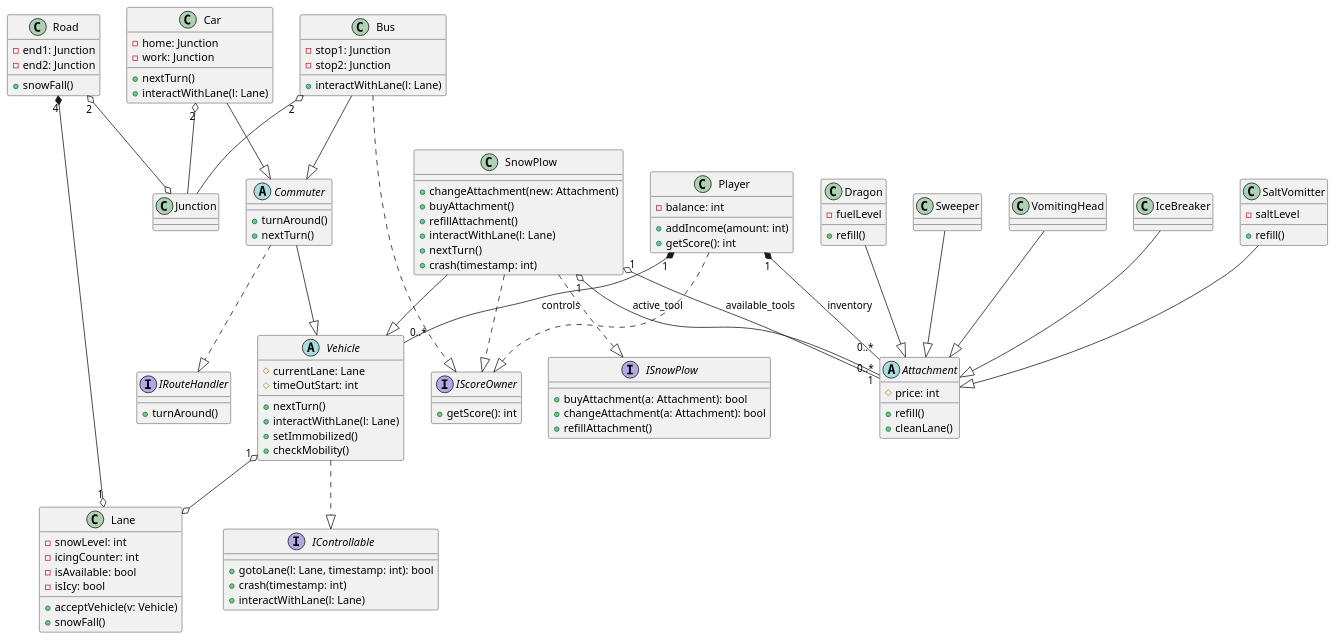
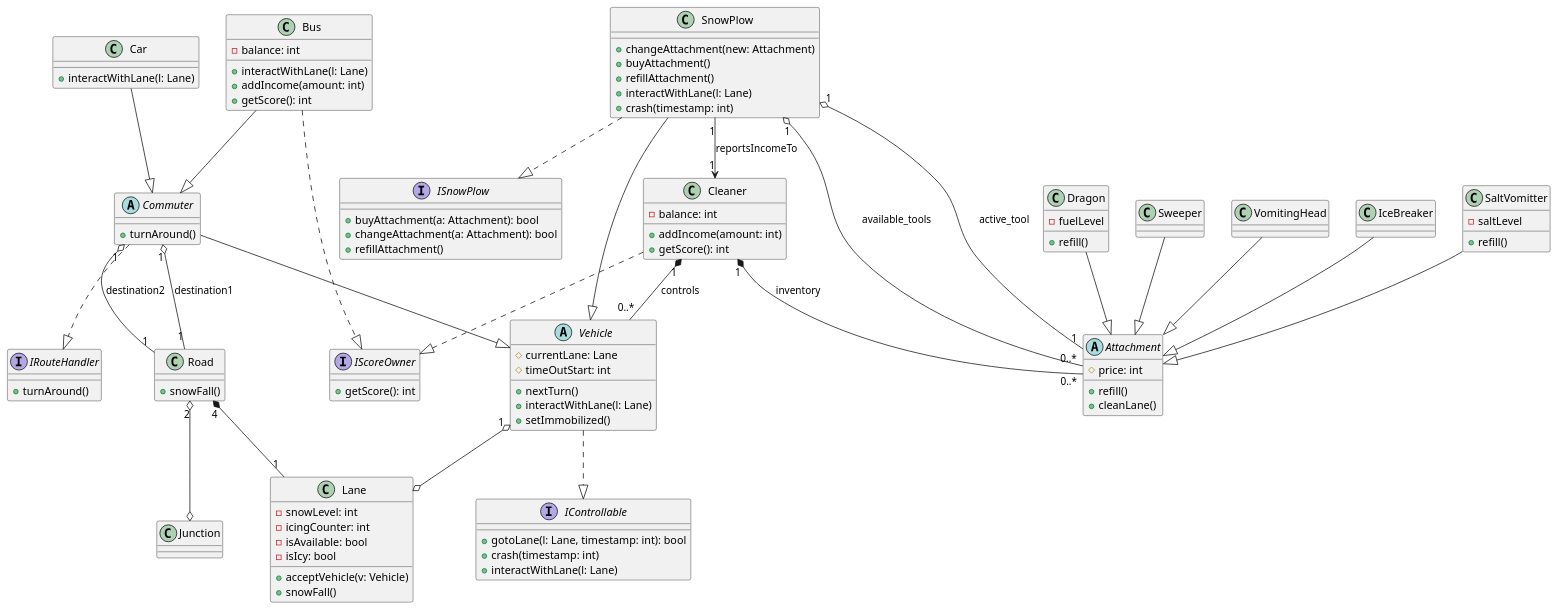
Before and after one commit to toth-andor/UneNotteANapoli: the diagram in docs/04/diagrams/class-diagram.puml, drawn with PlantUML.

Commit message:
Újra nézz rá Bandi

```diff
--- a/docs/04/diagrams/class-diagram.puml
+++ b/docs/04/diagrams/class-diagram.puml
@@ -1,108 +1,102 @@
 @startuml class-diagram
 abstract Vehicle {
   # currentLane: Lane
   # timeOutStart: int
   + nextTurn()
   + interactWithLane(l: Lane)
   + setImmobilized()
-  + checkMobility()
 }
 class Bus {
-  - stop1: Junction
-  - stop2: Junction
+  - balance: int
   + interactWithLane(l: Lane)
+  + addIncome(amount: int)
+  + getScore(): int
 }
 class SnowPlow {
   + changeAttachment(new: Attachment)
   + buyAttachment()
   + refillAttachment()
   + interactWithLane(l: Lane)
-  + nextTurn()
   + crash(timestamp: int)
 }
 class Car {
-  - home: Junction
-  - work: Junction
-  + nextTurn()
   + interactWithLane(l: Lane)
 }
 abstract Attachment {
   # price: int
   + refill()
   + cleanLane()
 }
 class Dragon {
   - fuelLevel
   + refill()
 }
 class Sweeper
 class VomitingHead
 class IceBreaker
 class SaltVomitter {
   - saltLevel
   + refill()
 }
 class Road {
-  - end1: Junction
-  - end2: Junction
   + snowFall()
 }
 class Lane {
   - snowLevel: int
   - icingCounter: int
   - isAvailable: bool
   - isIcy: bool
   + acceptVehicle(v: Vehicle)
   + snowFall()
 }
 class Junction
-class Player {
+class Cleaner {
   - balance: int
   + addIncome(amount: int)
   + getScore(): int
 }
 abstract class Commuter {
   + turnAround()
-  + nextTurn()
 }
 interface IControllable {
   + gotoLane(l: Lane, timestamp: int): bool
   + crash(timestamp: int)
   + interactWithLane(l: Lane)
 }
 interface ISnowPlow {
   + buyAttachment(a: Attachment): bool
   + changeAttachment(a: Attachment): bool
   + refillAttachment()
 }
 interface IRouteHandler {
   + turnAround()
 }
 interface IScoreOwner {
   + getScore(): int
 }
-Road "4"*--o "1" Lane
+
+Road "4" *-- "1" Lane
 Dragon --|> Attachment
 Sweeper --|> Attachment
 VomitingHead --|> Attachment
 IceBreaker --|> Attachment
 SaltVomitter --|> Attachment
 Road "2" o--o Junction
 Vehicle "1" o--o Lane
-Bus "2" o-- Junction
-Car "2" o-- Junction
+Commuter "1" o-- "1" Road : destination1
+Commuter "1" o-- "1" Road : destination2
 Vehicle ..|> IControllable
 SnowPlow --|> Vehicle
 SnowPlow ..|> ISnowPlow
-SnowPlow ..|> IScoreOwner
 Commuter --|> Vehicle
 Commuter ..|> IRouteHandler
 Bus --|> Commuter
 Bus ..|> IScoreOwner
 Car --|> Commuter
-Player ..|> IScoreOwner
-Player "1" *-- "0..*" Vehicle : controls
-Player "1" *-- "0..*" Attachment : inventory
+Cleaner ..|> IScoreOwner
+Cleaner "1" *-- "0..*" Vehicle : controls
+Cleaner "1" *-- "0..*" Attachment : inventory
 SnowPlow "1" o-- "0..*" Attachment : available_tools
 SnowPlow "1" o-- "1" Attachment : active_tool
+SnowPlow "1" --> "1" Cleaner : reportsIncomeTo
 @enduml
```
